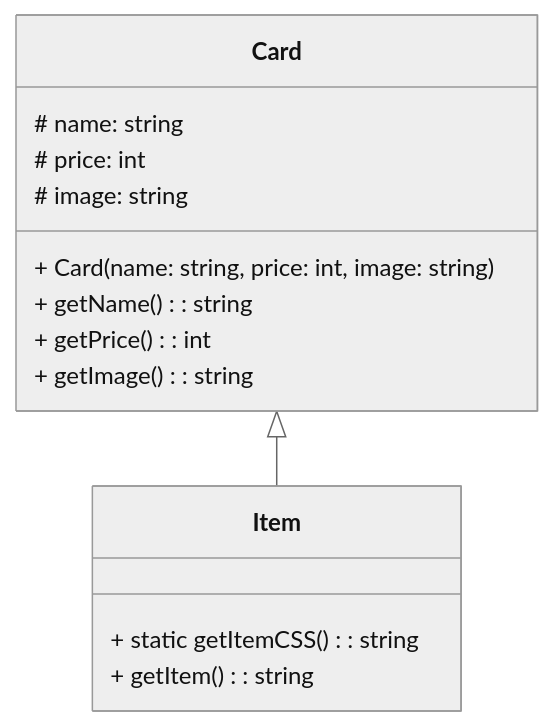
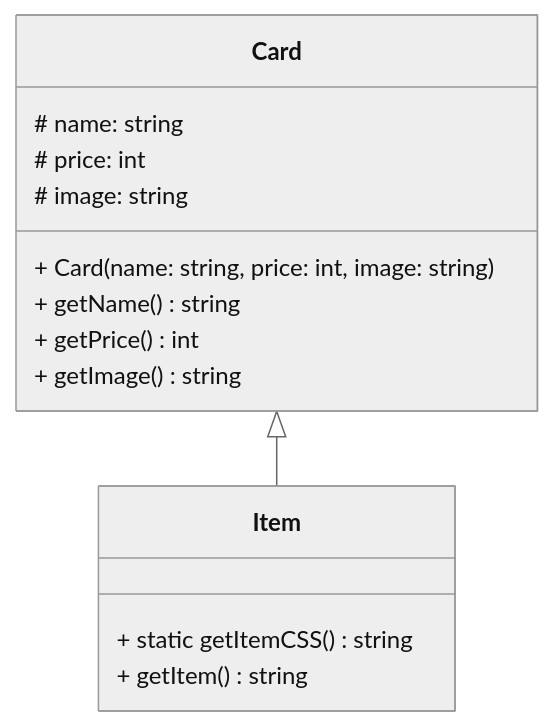
The diagram in README.md (AlexandrAnatoliev/send-invoice), drawn with Mermaid (neutral theme) before and after one commit.

Commit message:
fix(README): bug - incorrect view of uml diagram in github

````diff
--- a/README.md
+++ b/README.md
@@ -71,21 +71,21 @@
 ```mermaid
 classDiagram
   
   class Card {
     # name: string
     # price: int
     # image: string
     + Card(name: string, price: int, image: string)
-    + getName(): string
-    + getPrice(): int
-    + getImage(): string
+    + getName() string
+    + getPrice() int
+    + getImage() string
   }
 
   class Item {
-    + static getItemCSS(): string
-    + getItem(): string
+    + static getItemCSS() string
+    + getItem() string
   }
 
   Card <|-- Item
 
 ```
````
